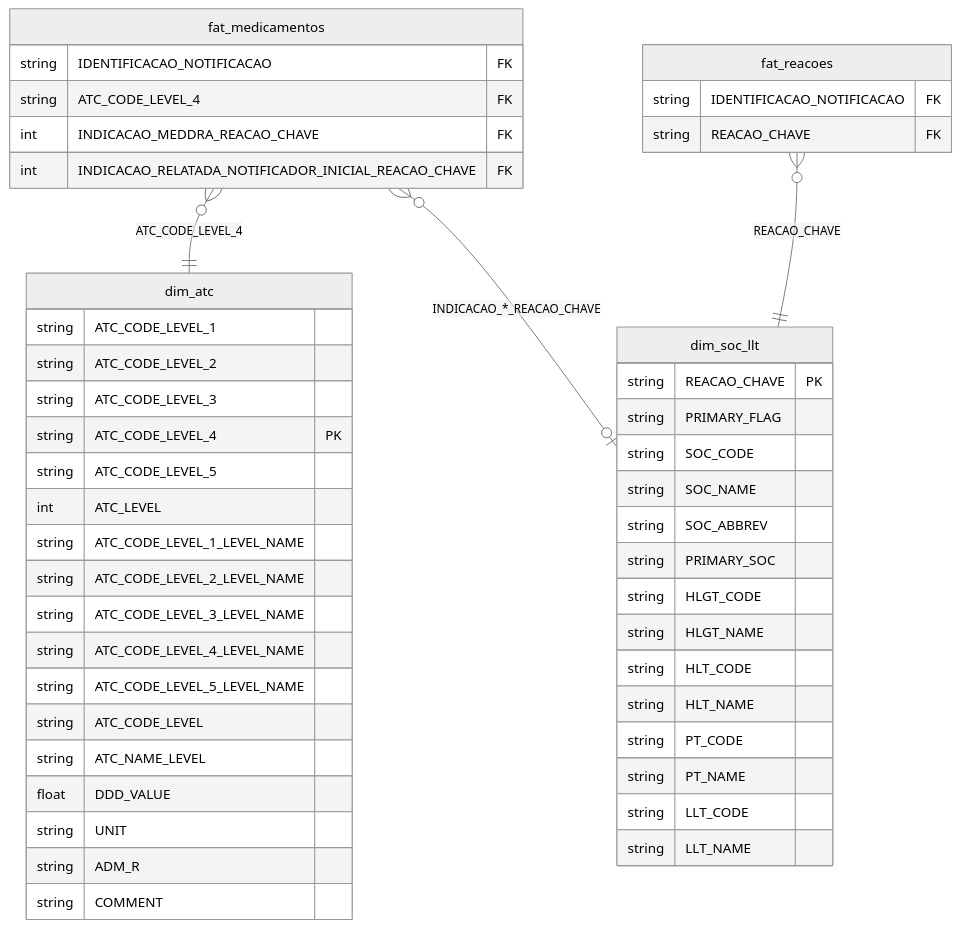
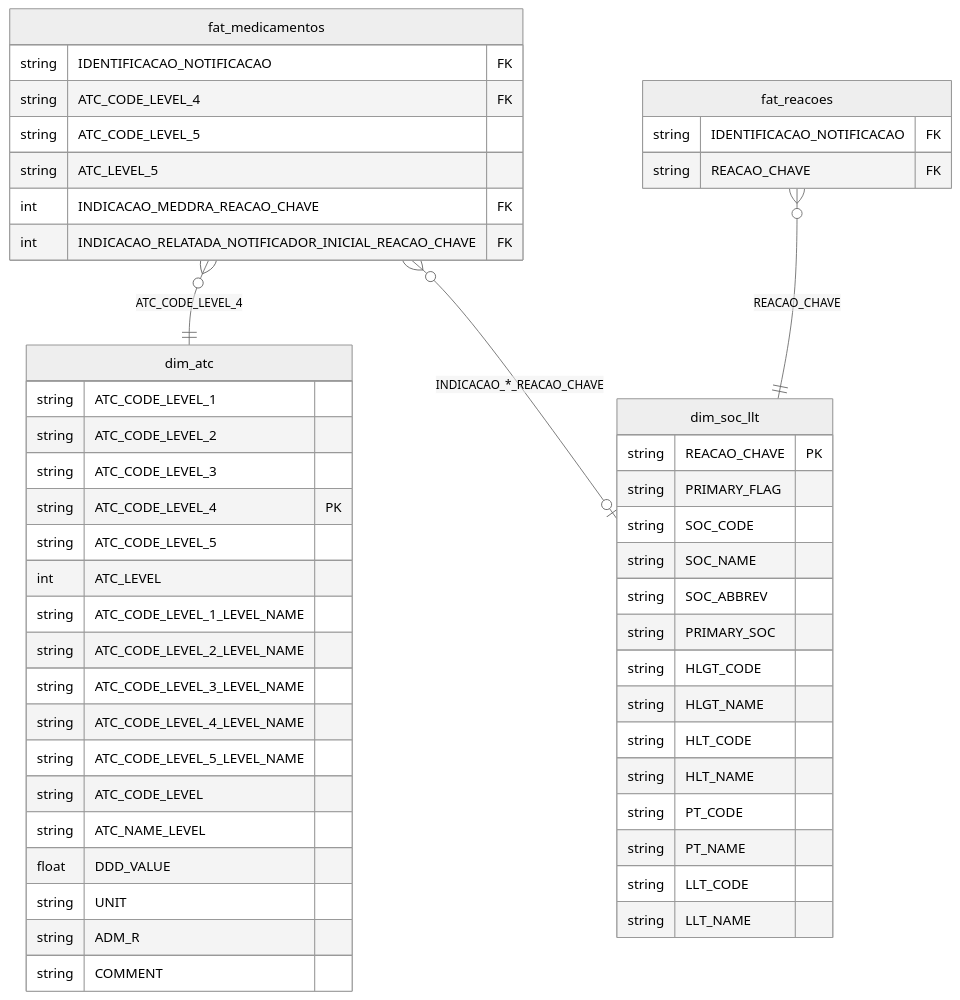
Before and after one commit to mlab-inf-ufrgs/vigimed: the fourth of 4 diagrams in docs/erd.md, drawn with Mermaid (neutral theme). The commit also changed other lines of this file and 5 other files, not shown here.

First line of the commit message:
Adiciona inferência de ATC_LEVEL_5 via dim_atc no fat_medicamentos.

````diff
--- a/docs/erd.md
+++ b/docs/erd.md
@@ -268,53 +271,55 @@
 ```mermaid
 erDiagram
     fat_medicamentos }o--|| dim_atc : "ATC_CODE_LEVEL_4"
     fat_medicamentos }o--o| dim_soc_llt : "INDICACAO_*_REACAO_CHAVE"
     fat_reacoes }o--|| dim_soc_llt : "REACAO_CHAVE"
 
     fat_medicamentos {
         string IDENTIFICACAO_NOTIFICACAO FK
         string ATC_CODE_LEVEL_4 FK
+        string ATC_CODE_LEVEL_5
+        string ATC_LEVEL_5
         int INDICACAO_MEDDRA_REACAO_CHAVE FK
         int INDICACAO_RELATADA_NOTIFICADOR_INICIAL_REACAO_CHAVE FK
     }
     fat_reacoes {
         string IDENTIFICACAO_NOTIFICACAO FK
         string REACAO_CHAVE FK
     }
 
     dim_atc {
         string ATC_CODE_LEVEL_1
         string ATC_CODE_LEVEL_2
         string ATC_CODE_LEVEL_3
         string ATC_CODE_LEVEL_4 PK
         string ATC_CODE_LEVEL_5
         int ATC_LEVEL
         string ATC_CODE_LEVEL_1_LEVEL_NAME
         string ATC_CODE_LEVEL_2_LEVEL_NAME
         string ATC_CODE_LEVEL_3_LEVEL_NAME
         string ATC_CODE_LEVEL_4_LEVEL_NAME
         string ATC_CODE_LEVEL_5_LEVEL_NAME
         string ATC_CODE_LEVEL
         string ATC_NAME_LEVEL
         float DDD_VALUE
         string UNIT
         string ADM_R
         string COMMENT
     }
     dim_soc_llt {
         string REACAO_CHAVE PK
         string PRIMARY_FLAG
         string SOC_CODE
         string SOC_NAME
         string SOC_ABBREV
         string PRIMARY_SOC
         string HLGT_CODE
         string HLGT_NAME
         string HLT_CODE
         string HLT_NAME
         string PT_CODE
         string PT_NAME
         string LLT_CODE
         string LLT_NAME
     }
 ```
````
